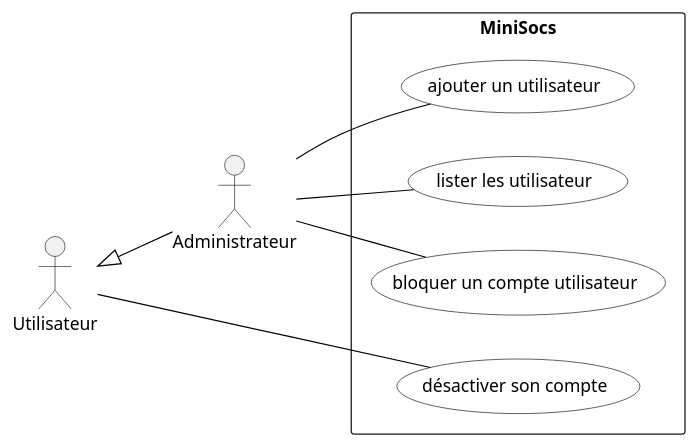
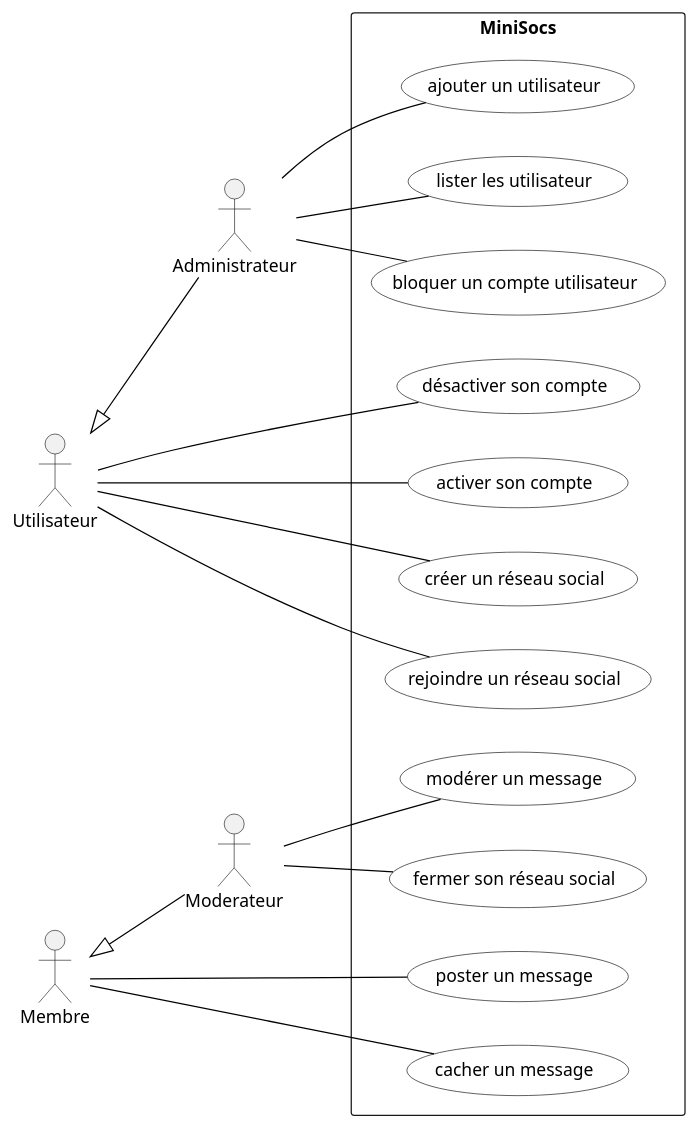
Before and after one commit to lukalafaye/MiniSocs: the diagram in Diagrammes/minisocs_uml_diag_cas_utilisation.pu, drawn with PlantUML. The commit also changed other lines of this file and 11 other files, not shown here.

Commit message:
finished uml diag cas usage and started readme explanations for each cas usage

```diff
--- a/Diagrammes/minisocs_uml_diag_cas_utilisation.pu
+++ b/Diagrammes/minisocs_uml_diag_cas_utilisation.pu
@@ -1,28 +1,42 @@
 @startuml
 
 'Diagramme de cas d'utilisation (PlantUML)'
 
 'Configuration charte graphique'
 skinparam usecase {
 BackgroundColor White
 BorderColor Black
 ArrowColor Black
 ActorBackgroundColor<< Human >> Gold
 }
 
 left to right direction
 
 'Déclaration des acteurs :'
 actor Administrateur
 actor Utilisateur
+actor Membre
+actor Moderateur
 Utilisateur <|-- Administrateur
+Membre      <|-- Moderateur
 
 'Déclaration des cas d'utilisation dans le système'
 rectangle "MiniSocs" {
 :Administrateur: -- (ajouter un utilisateur)
 :Administrateur: -- (lister les utilisateur)
 :Administrateur: -- (bloquer un compte utilisateur)
+
 :Utilisateur:    -- (désactiver son compte)
+:Utilisateur:    -- (activer son compte)
+:Utilisateur:    -- (créer un réseau social)
+:Utilisateur:    -- (rejoindre un réseau social)
+
+
+:Moderateur:     -- (modérer un message)
+:Moderateur:     -- (fermer son réseau social) 
+
+:Membre:         -- (poster un message)
+:Membre:         -- (cacher un message)
 }
 
 @enduml
```
